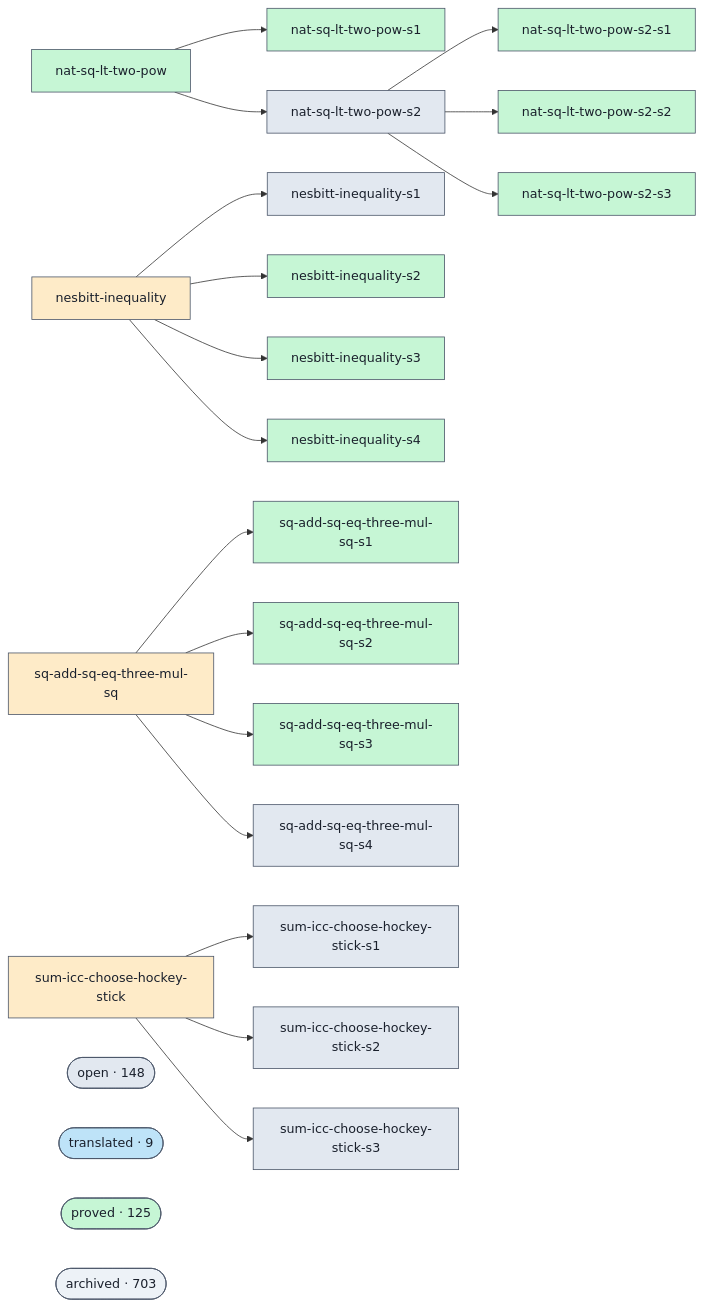
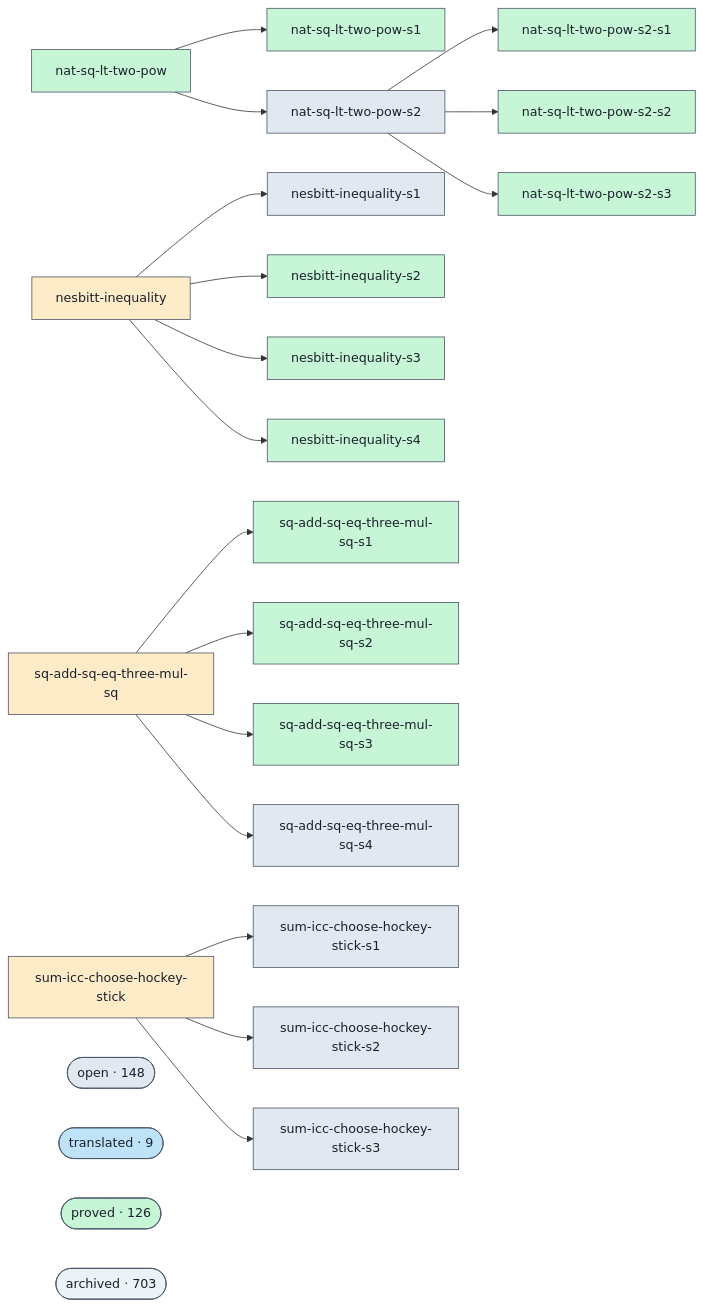
The diagram in docs/proofs-contributors-visualisation.md (ohdearquant/unsorry), drawn with Mermaid before and after one commit. The commit also changed other lines of this file and 2 other files, not shown here.

```diff
--- a/docs/proofs-contributors-visualisation.md
+++ b/docs/proofs-contributors-visualisation.md
@@ -102,7 +102,7 @@
   class cluster_open open;
   cluster_translated(["translated · 9"])
   class cluster_translated translated;
-  cluster_proved(["proved · 125"])
+  cluster_proved(["proved · 126"])
   class cluster_proved proved;
   cluster_archived(["archived · 703"])
   class cluster_archived unknown;
```
